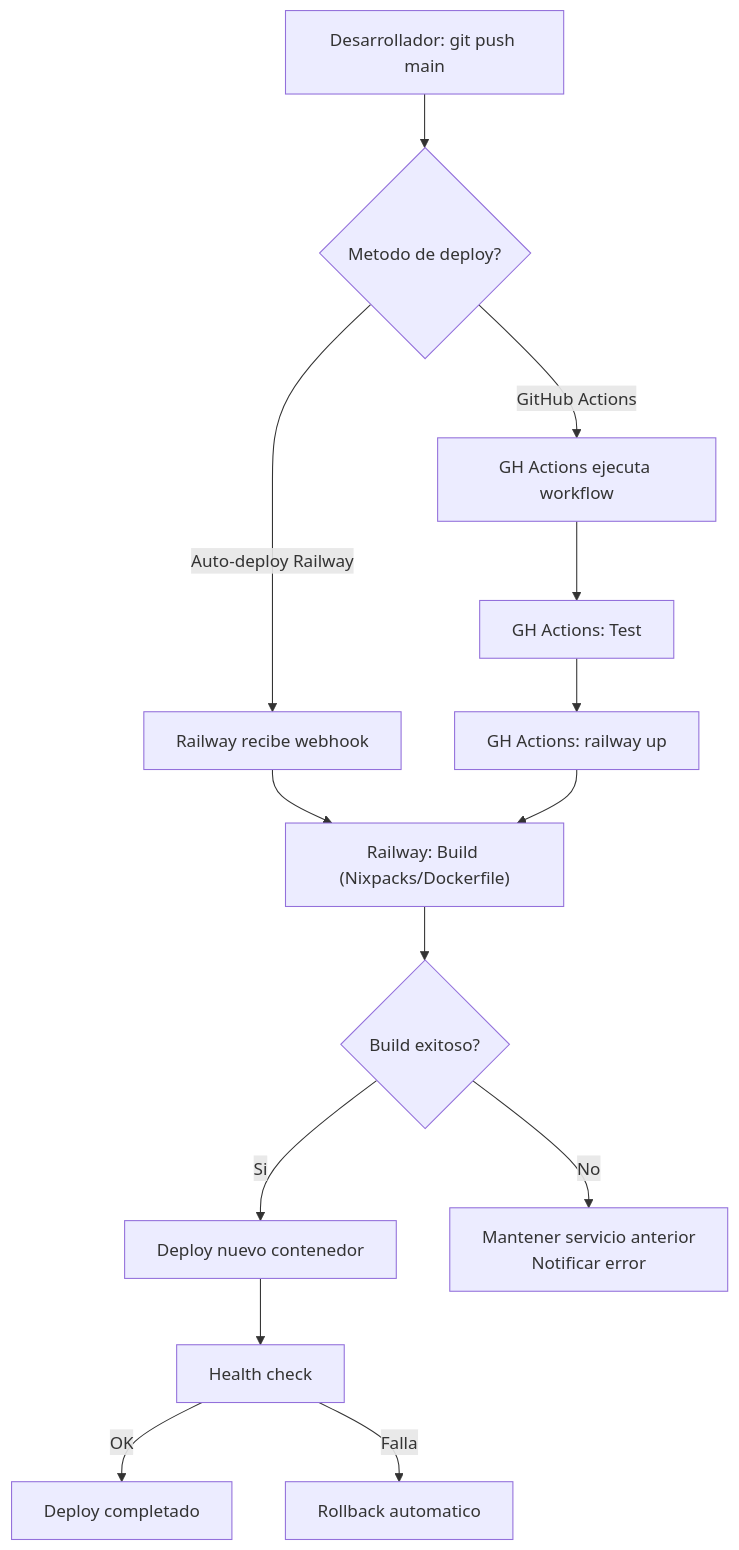
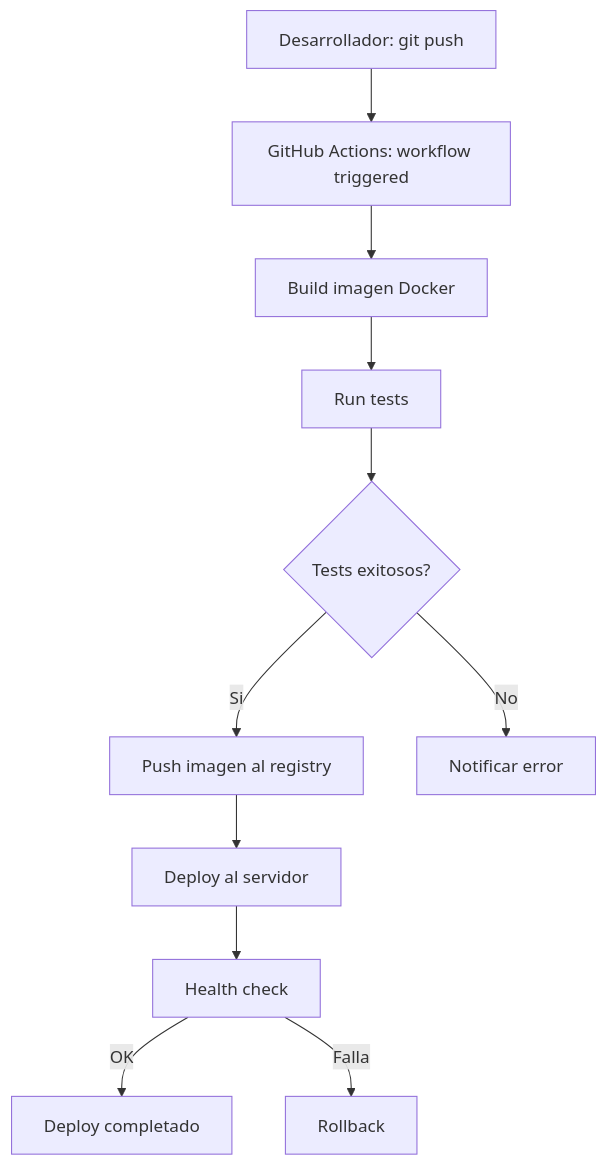
The second of 2 diagrams in docs/desarrollo/deploy/github-actions.md (GDI-APGLv3/GDI-Docs), drawn with Mermaid before and after one commit. The commit also changed other lines of this file and 43 other files, not shown here.

First line of the commit message:
docs: migrar Railway a Docker + limpiar servicios deprecados

````diff
--- a/docs/desarrollo/deploy/github-actions.md
+++ b/docs/desarrollo/deploy/github-actions.md
@@ -248,20 +233,13 @@
 ```mermaid
 graph TD
-    A["Desarrollador: git push main"] --> B{"Metodo de deploy?"}
-
-    B -->|"Auto-deploy Railway"| C["Railway recibe webhook"]
-    B -->|"GitHub Actions"| D["GH Actions ejecuta workflow"]
-
-    C --> E["Railway: Build (Nixpacks/Dockerfile)"]
-    D --> F["GH Actions: Test"]
-    F --> G["GH Actions: railway up"]
-    G --> E
-
-    E --> H{"Build exitoso?"}
-    H -->|Si| I["Deploy nuevo contenedor"]
-    H -->|No| J["Mantener servicio anterior<br/>Notificar error"]
-
-    I --> K["Health check"]
-    K -->|OK| L["Deploy completado"]
-    K -->|Falla| M["Rollback automatico"]
+    A["Desarrollador: git push"] --> B["GitHub Actions: workflow triggered"]
+    B --> C["Build imagen Docker"]
+    C --> D["Run tests"]
+    D --> E{"Tests exitosos?"}
+    E -->|Si| F["Push imagen al registry"]
+    E -->|No| G["Notificar error"]
+    F --> H["Deploy al servidor"]
+    H --> I["Health check"]
+    I -->|OK| J["Deploy completado"]
+    I -->|Falla| K["Rollback"]
 ```
````
